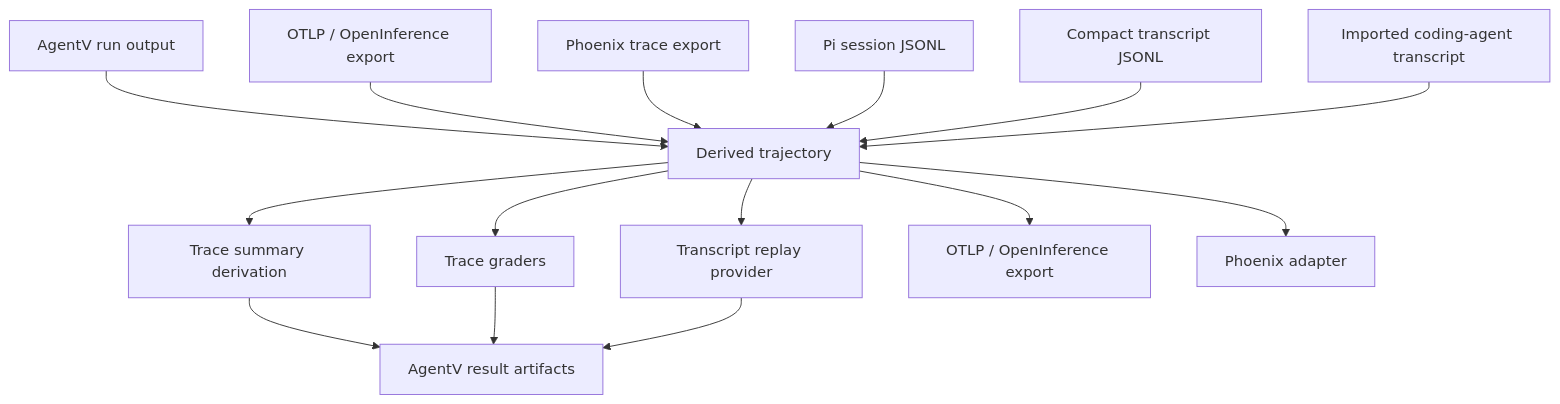
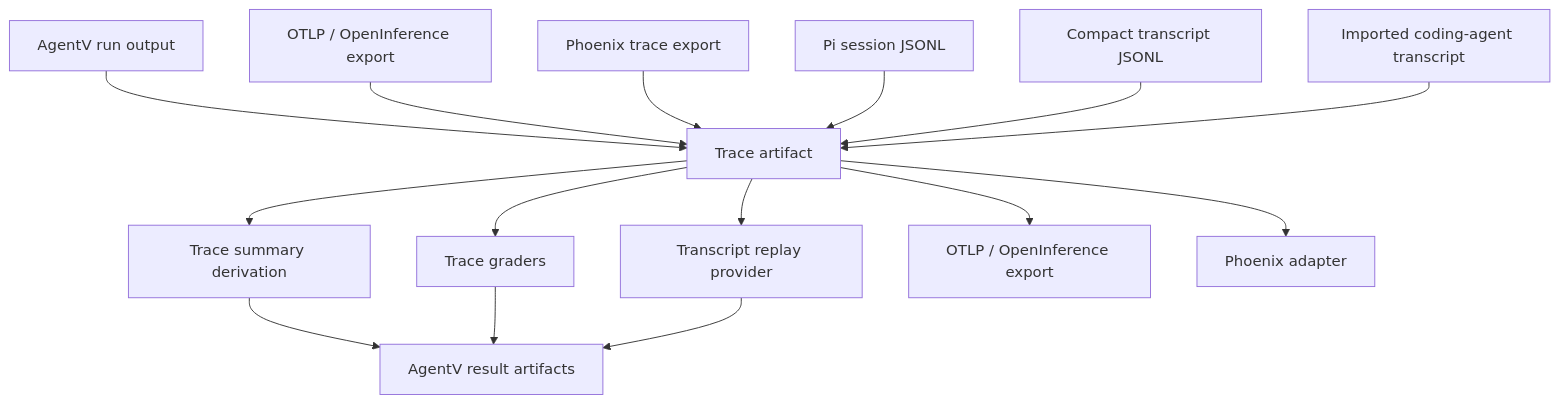
One commit to EntityProcess/agentv changed the diagram in docs/plans/trace-evaluation-architecture.md. Above: the diagram before and after it, drawn with Mermaid. The commit also changed other lines of this file and 19 other files, not shown here.

Commit message:
feat(trace): prepare trace artifact grading

````diff
--- a/docs/plans/trace-evaluation-architecture.md
+++ b/docs/plans/trace-evaluation-architecture.md
@@ -98,19 +98,19 @@
 ```mermaid
 flowchart TB
-  A[AgentV run output] --> N[Derived trajectory]
+  A[AgentV run output] --> N[Trace artifact]
   B[OTLP / OpenInference export] --> N
   C[Phoenix trace export] --> N
   D[Pi session JSONL] --> N
   E[Compact transcript JSONL] --> N
   F[Imported coding-agent transcript] --> N
 
   N --> S[Trace summary derivation]
   N --> G[Trace graders]
   N --> Q[Transcript replay provider]
   N --> O[OTLP / OpenInference export]
   N --> P[Phoenix adapter]
 
   S --> R[AgentV result artifacts]
   G --> R
   Q --> R
 ```
````
